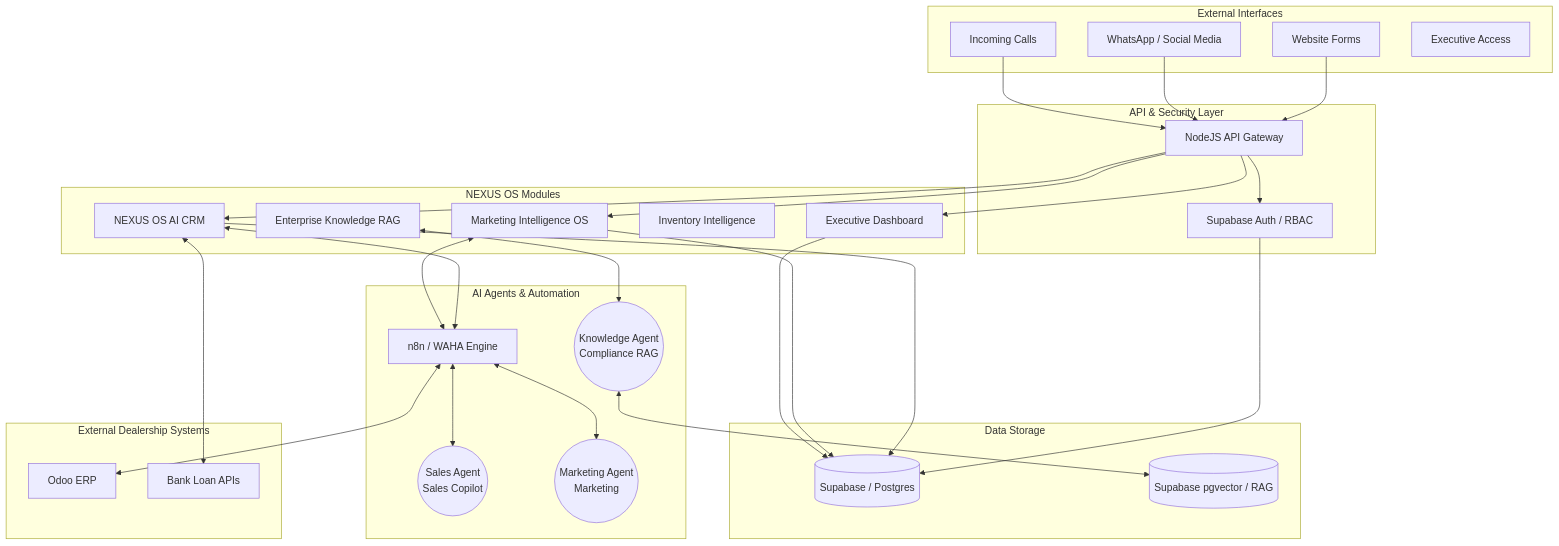
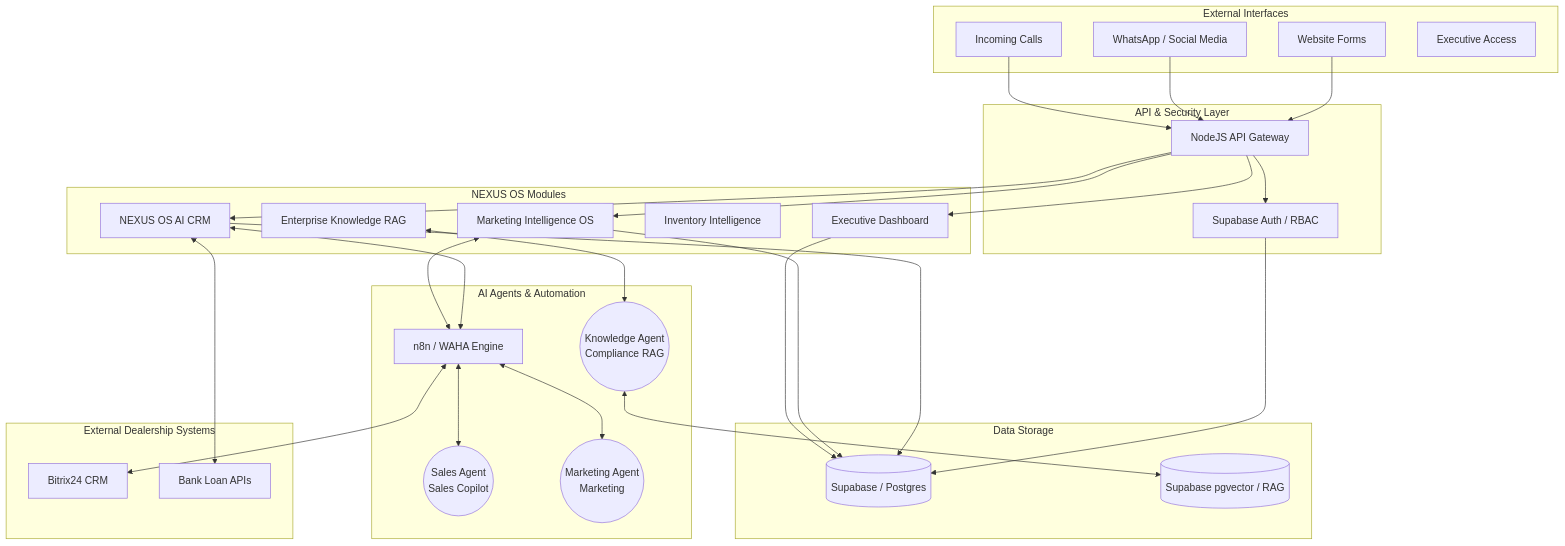
One commit to Ali8517942172/autodealer-ai-os changed the diagram in architecture/diagrams/System_Architecture.md. Above: the diagram before and after it, drawn with Mermaid. The commit also changed other lines of this file and 6 other files, not shown here.

Commit message:
docs+infra: Odoo to Bitrix24 migration, secret hardening, WAHA GOWS engine + session persistence

````diff
--- a/architecture/diagrams/System_Architecture.md
+++ b/architecture/diagrams/System_Architecture.md
@@ -3,73 +3,73 @@
 ```mermaid
 graph TD
     %% External Interfaces
     subgraph "External Interfaces"
         Web[Website Forms]
         Social[WhatsApp / Social Media]
         Call[Incoming Calls]
         CEO[Executive Access]
     end
 
     %% AI Gateway & Auth
     subgraph "API & Security Layer"
         AG[NodeJS API Gateway]
         Auth[Supabase Auth / RBAC]
         AG --> Auth
     end
 
     Web --> AG
     Social --> AG
     Call --> AG
 
     %% Core Databases
     subgraph "Data Storage"
         PG[(Supabase / Postgres)]
         Vect[(Supabase pgvector / RAG)]
     end
 
     Auth --> PG
 
     %% Business Modules (Apps)
     subgraph "NEXUS OS Modules"
         CRM[NEXUS OS AI CRM]
         Mktg[Marketing Intelligence OS]
         RAG[Enterprise Knowledge RAG]
         Inv[Inventory Intelligence]
         Exec[Executive Dashboard]
     end
 
     %% Agents and Automation
     subgraph "AI Agents & Automation"
         N8N[n8n / WAHA Engine]
         Sales((Sales Agent\nSales Copilot))
         Marketing((Marketing Agent\nMarketing))
         Knowledge((Knowledge Agent\nCompliance RAG))
     end
 
     %% Connections
     AG --> CRM
     AG --> Mktg
     AG --> Exec
     
     CRM <--> N8N
     Mktg <--> N8N
     
     N8N <--> Sales
     N8N <--> Marketing
     
     RAG <--> Knowledge
     Knowledge <--> Vect
     
     CRM --> PG
     Mktg --> PG
     Exec --> PG
 
     %% External Systems
     subgraph "External Dealership Systems"
-        Odoo[Odoo ERP]
+        Bitrix[Bitrix24 CRM]
         Banks[Bank Loan APIs]
     end
 
-    N8N <--> Odoo
+    N8N <--> Bitrix
     CRM <--> Banks
 ```
````
